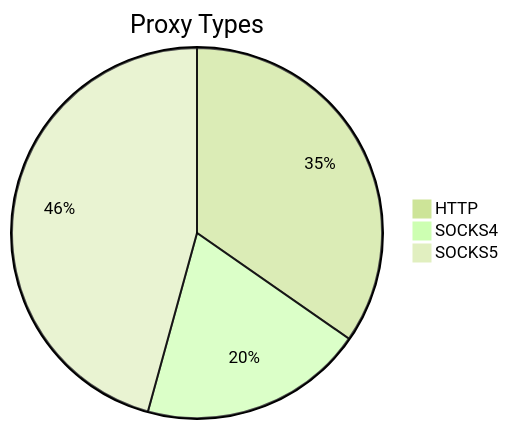
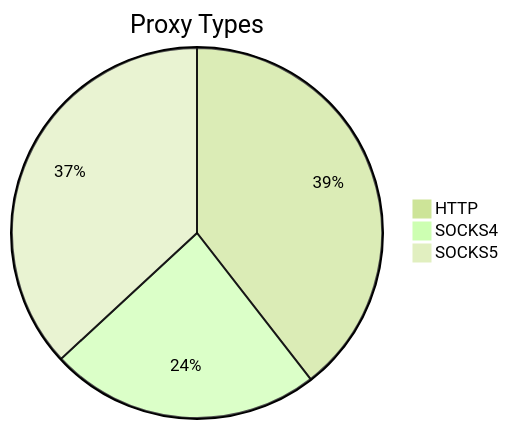
The first of 2 diagrams in README.md (stormsia/proxy-list), drawn with Mermaid (forest theme) before and after one commit. The commit also changed other lines of this file, not shown here.

````diff
--- a/README.md
+++ b/README.md
@@ -21,6 +21,6 @@
 ```mermaid
 pie title Proxy Types
-    "HTTP" : 138
-    "SOCKS4" : 78
-    "SOCKS5" : 182
+    "HTTP" : 137
+    "SOCKS4" : 82
+    "SOCKS5" : 128
 ```
````
